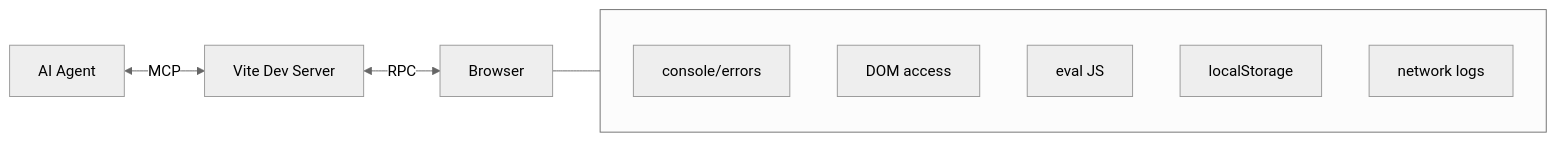
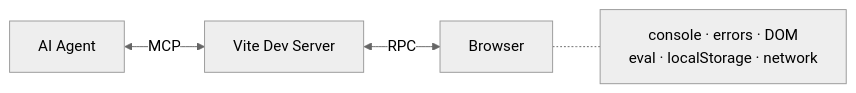
One commit to WinstonFassett/web-dev-mcp changed the first of 2 diagrams in README.md. Above: the diagram before and after it, drawn with Mermaid (neutral theme).

Commit message:
Compact overview diagram features into single node

````diff
--- a/README.md
+++ b/README.md
@@ -5,16 +5,6 @@
 ```mermaid
 graph LR
     Agent[AI Agent] <-->|MCP| Vite[Vite Dev Server]
     Vite <-->|RPC| Browser[Browser]
-
-    subgraph capabilities[" "]
-        direction TB
-        C1[console/errors]
-        C2[DOM access]
-        C3[eval JS]
-        C4[localStorage]
-        C5[network logs]
-    end
-
-    Browser --- capabilities
+    Browser -.- Features[console · errors · DOM<br/>eval · localStorage · network]
 ```
````
